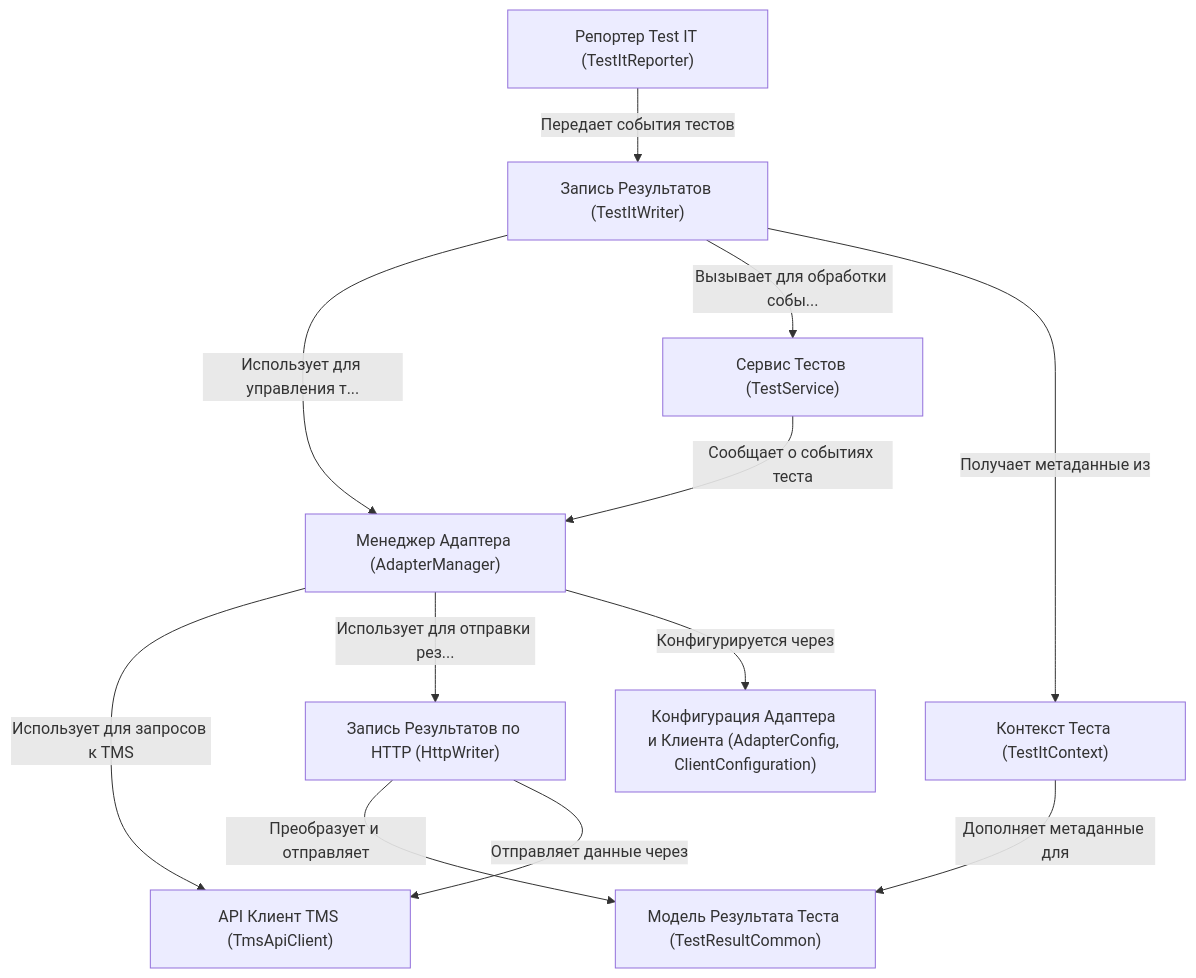
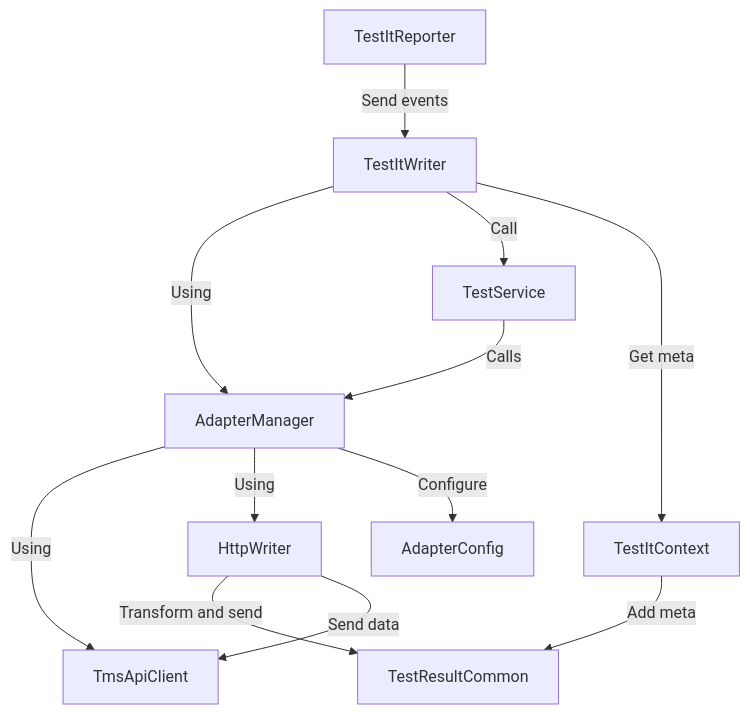
The diagram in docs/index.md (testit-tms/adapters-kotlin), drawn with Mermaid before and after one commit. The commit also changed other lines of this file and 9 other files, not shown here.

````diff
--- a/docs/index.md
+++ b/docs/index.md
@@ -9,32 +9,32 @@
 ```mermaid
 flowchart TD
-    A0["Репортер Test IT (TestItReporter)
+    A0["TestItReporter
 "]
-    A1["Запись Результатов (TestItWriter)
+    A1["TestItWriter
 "]
-    A2["Менеджер Адаптера (AdapterManager)
+    A2["AdapterManager
 "]
-    A3["Модель Результата Теста (TestResultCommon)
+    A3["TestResultCommon
 "]
-    A4["Контекст Теста (TestItContext)
+    A4["TestItContext
 "]
-    A5["API Клиент TMS (TmsApiClient)
+    A5["TmsApiClient
 "]
-    A6["Запись Результатов по HTTP (HttpWriter)
+    A6["HttpWriter
 "]
-    A7["Конфигурация Адаптера и Клиента (AdapterConfig, ClientConfiguration)
+    A7["AdapterConfig
 "]
-    A8["Сервис Тестов (TestService)
+    A8["TestService
 "]
-    A0 -- "Передает события тестов" --> A1
-    A1 -- "Использует для управления т..." --> A2
-    A1 -- "Вызывает для обработки собы..." --> A8
-    A1 -- "Получает метаданные из" --> A4
-    A2 -- "Использует для запросов к TMS" --> A5
-    A2 -- "Использует для отправки рез..." --> A6
-    A2 -- "Конфигурируется через" --> A7
-    A4 -- "Дополняет метаданные для" --> A3
-    A6 -- "Преобразует и отправляет" --> A3
-    A6 -- "Отправляет данные через" --> A5
-    A8 -- "Сообщает о событиях теста" --> A2
+    A0 -- "Send events" --> A1
+    A1 -- "Using" --> A2
+    A1 -- "Call" --> A8
+    A1 -- "Get meta" --> A4
+    A2 -- "Using" --> A5
+    A2 -- "Using" --> A6
+    A2 -- "Configure" --> A7
+    A4 -- "Add meta" --> A3
+    A6 -- "Transform and send" --> A3
+    A6 -- "Send data" --> A5
+    A8 -- "Calls" --> A2
 ```
````
